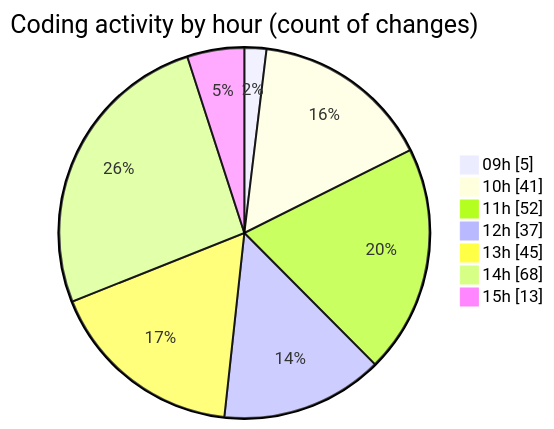
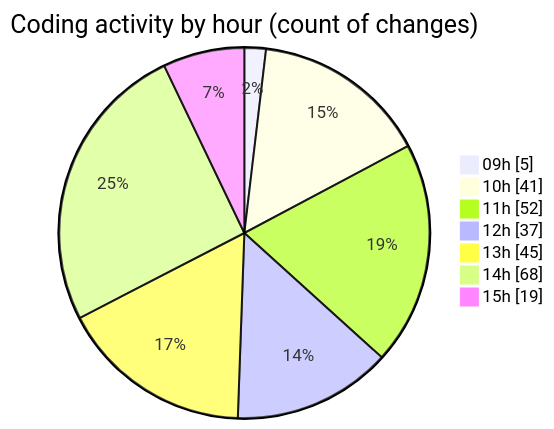
The second of 2 diagrams in 2026-04-27/cda/README.md (momahboobian/code-tracking), drawn with Mermaid before and after one commit. The commit also changed other lines of this file and 1 other file, not shown here.

````diff
--- a/2026-04-27/cda/README.md
+++ b/2026-04-27/cda/README.md
@@ -58,11 +60,11 @@
 ```mermaid
 pie showData
 title Coding activity by hour (count of changes)
 "09h" : 5
 "10h" : 41
 "11h" : 52
 "12h" : 37
 "13h" : 45
 "14h" : 68
-"15h" : 13
+"15h" : 19
 ```
````
